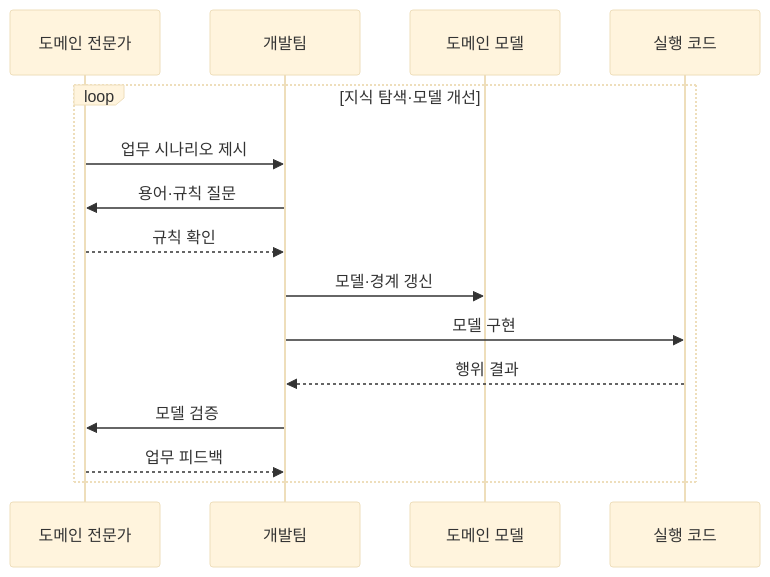
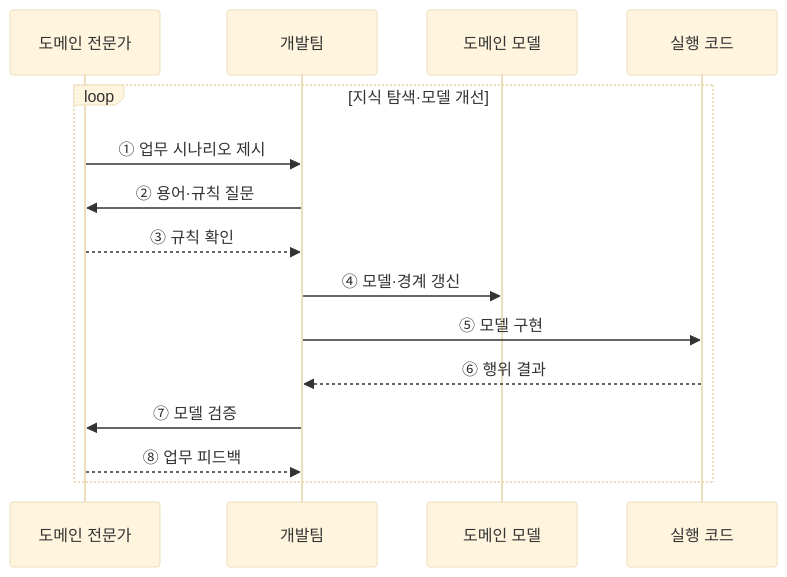
Before and after one commit to agnusdei1207/knowledge-base: the second of 2 diagrams in src/content/docs/notes/03-software/049_domain_driven_design.md, drawn with Mermaid (base theme). The commit also changed other lines of this file and 20 other files, not shown here.

````diff
--- a/src/content/docs/notes/03-software/049_domain_driven_design.md
+++ b/src/content/docs/notes/03-software/049_domain_driven_design.md
@@ -95,17 +85,17 @@
 ```mermaid
 sequenceDiagram
     participant E as 도메인 전문가
     participant D as 개발팀
     participant M as 도메인 모델
     participant C as 실행 코드
     loop 지식 탐색·모델 개선
-        E->>D: 업무 시나리오 제시
-        D->>E: 용어·규칙 질문
-        E-->>D: 규칙 확인
-        D->>M: 모델·경계 갱신
-        D->>C: 모델 구현
-        C-->>D: 행위 결과
-        D->>E: 모델 검증
-        E-->>D: 업무 피드백
+        E->>D: ① 업무 시나리오 제시
+        D->>E: ② 용어·규칙 질문
+        E-->>D: ③ 규칙 확인
+        D->>M: ④ 모델·경계 갱신
+        D->>C: ⑤ 모델 구현
+        C-->>D: ⑥ 행위 결과
+        D->>E: ⑦ 모델 검증
+        E-->>D: ⑧ 업무 피드백
     end
 ```
````
